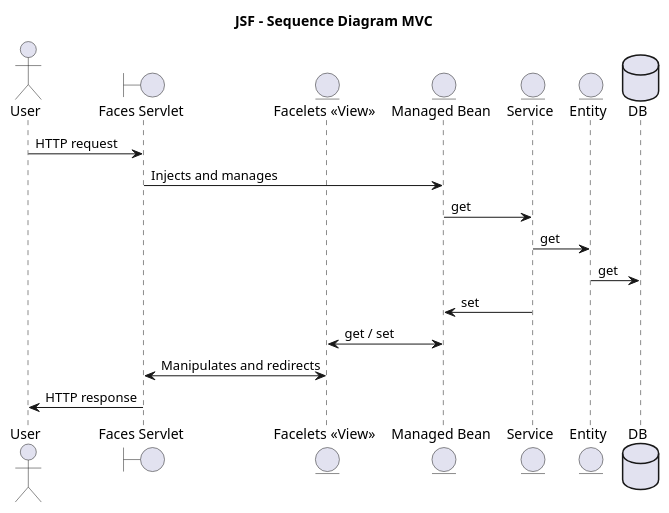
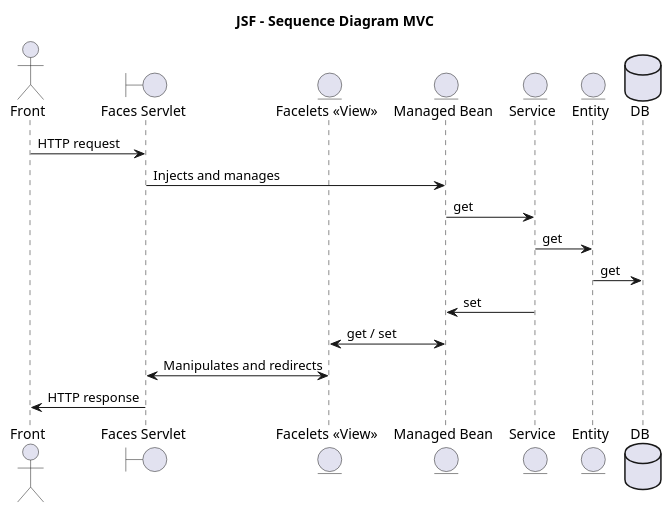
One commit to Master-Desarrollo-20-21/arquitectura-del-software-diagramas-de-tu-framework-hugohg34 changed the diagram in src/3_secuence.plantuml. Above: the diagram before and after it, drawn with PlantUML. The commit also changed 1 other file, not shown here.

```diff
--- a/src/3_secuence.plantuml
+++ b/src/3_secuence.plantuml
@@ -1,23 +1,23 @@
 @startuml
 
 title "JSF - Sequence Diagram MVC"
 
-actor User
+actor Front
 boundary "Faces Servlet" as facesServlet
 entity "Facelets <<View>>" as Facelets
 entity "Managed Bean" as managedBean
 entity Service
 entity Entity
 database DB
 
-User -> facesServlet : HTTP request
+Front -> facesServlet : HTTP request
 facesServlet -> managedBean : Injects and manages
 managedBean -> Service : get
 Service -> Entity: get
 Entity -> DB : get
 managedBean <- Service : set
 managedBean <-> Facelets : get / set
 facesServlet <-> Facelets : Manipulates and redirects
-facesServlet -> User: HTTP response
+facesServlet -> Front: HTTP response
 
 @enduml
```
